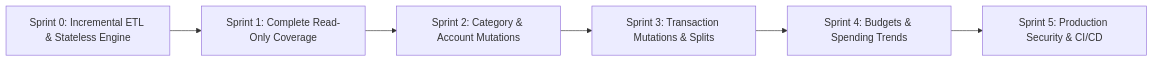
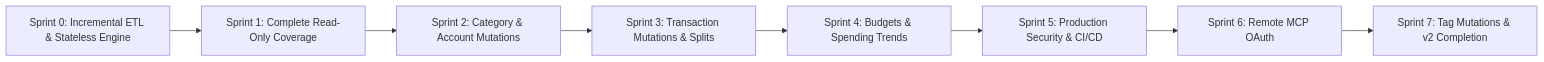
Before and after one commit to juftin/lunchmoney-app: the diagram in docs/AGENT_HANDOFF.md, drawn with Mermaid. The commit also changed other lines of this file and 2 other files, not shown here.

Commit message:
📝 (docs): reconcile delivered sprint documentation

````diff
--- a/docs/AGENT_HANDOFF.md
+++ b/docs/AGENT_HANDOFF.md
@@ -40,8 +40,10 @@
 ```mermaid
 graph LR
     S0[Sprint 0: Incremental ETL & Stateless Engine] --> S1[Sprint 1: Complete Read-Only Coverage]
     S1 --> S2[Sprint 2: Category & Account Mutations]
     S2 --> S3[Sprint 3: Transaction Mutations & Splits]
     S3 --> S4[Sprint 4: Budgets & Spending Trends]
     S4 --> S5[Sprint 5: Production Security & CI/CD]
+    S5 --> S6[Sprint 6: Remote MCP OAuth]
+    S6 --> S7[Sprint 7: Tag Mutations & v2 Completion]
 ```
````
